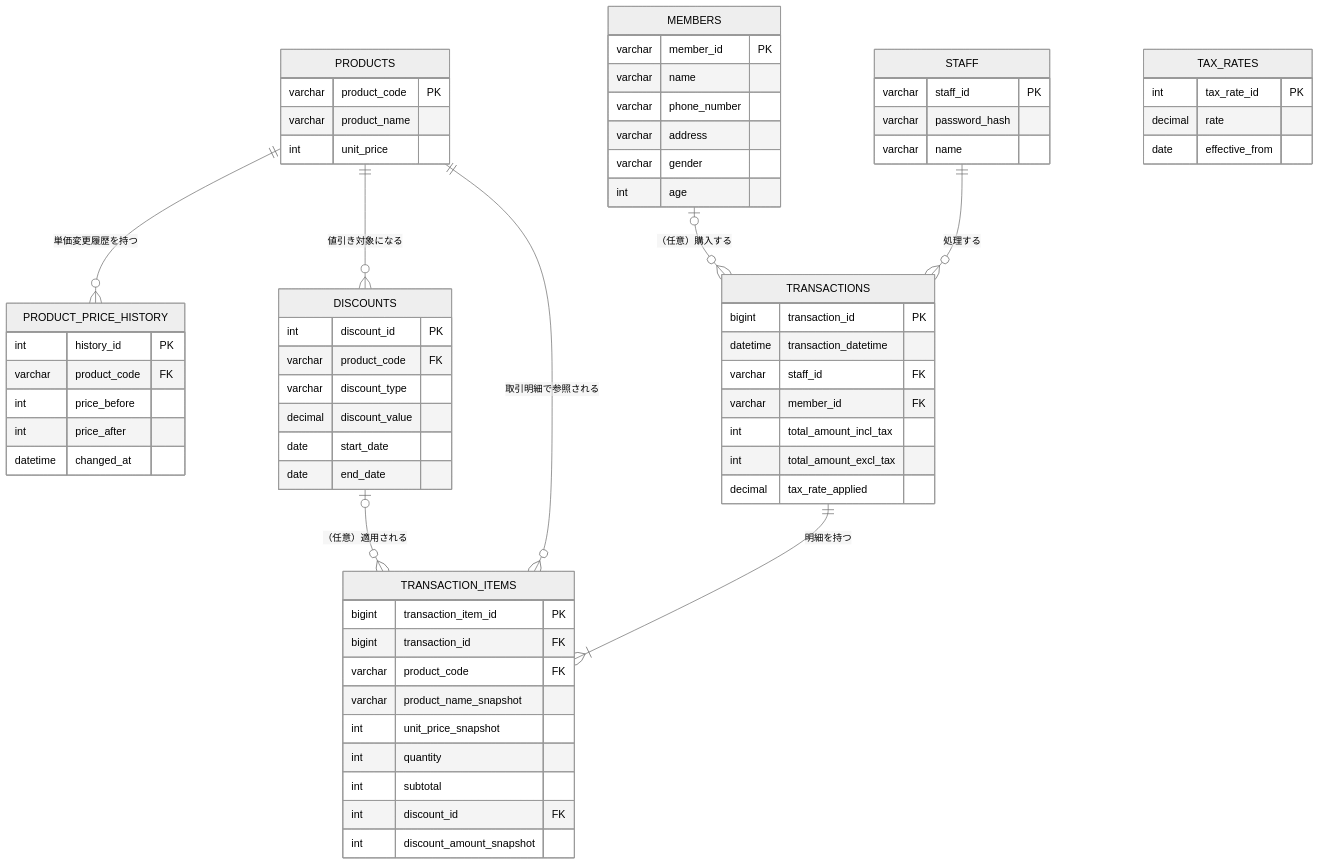
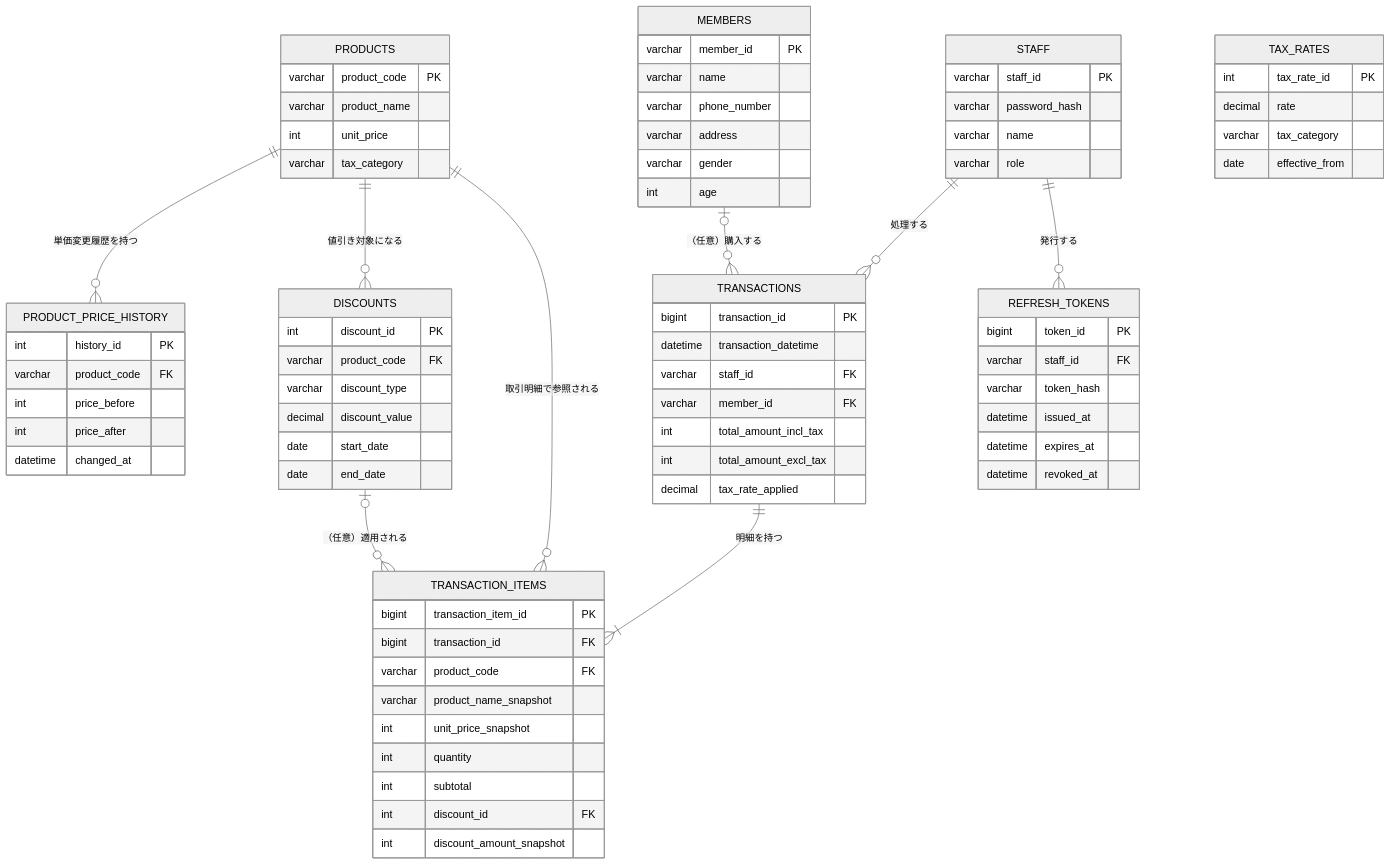
Before and after one commit to yamaguchinaokikk-ctrl/step4_lv2: the fifth of 11 diagrams in 設計仕様書.md, drawn with Mermaid (neutral theme). The commit also changed other lines of this file and 1 other file, not shown here.

````diff
--- a/設計仕様書.md
+++ b/設計仕様書.md
@@ -369,69 +429,81 @@
 ```mermaid
 erDiagram
     PRODUCTS ||--o{ PRODUCT_PRICE_HISTORY : "単価変更履歴を持つ"
     PRODUCTS ||--o{ DISCOUNTS : "値引き対象になる"
     PRODUCTS ||--o{ TRANSACTION_ITEMS : "取引明細で参照される"
     MEMBERS |o--o{ TRANSACTIONS : "（任意）購入する"
     STAFF ||--o{ TRANSACTIONS : "処理する"
+    STAFF ||--o{ REFRESH_TOKENS : "発行する"
     TRANSACTIONS ||--|{ TRANSACTION_ITEMS : "明細を持つ"
     DISCOUNTS |o--o{ TRANSACTION_ITEMS : "（任意）適用される"
 
     PRODUCTS {
         varchar product_code PK
         varchar product_name
         int unit_price
+        varchar tax_category
     }
     PRODUCT_PRICE_HISTORY {
         int history_id PK
         varchar product_code FK
         int price_before
         int price_after
         datetime changed_at
     }
     MEMBERS {
         varchar member_id PK
         varchar name
         varchar phone_number
         varchar address
         varchar gender
         int age
     }
     STAFF {
         varchar staff_id PK
         varchar password_hash
         varchar name
+        varchar role
     }
     DISCOUNTS {
         int discount_id PK
         varchar product_code FK
         varchar discount_type
         decimal discount_value
         date start_date
         date end_date
     }
     TAX_RATES {
         int tax_rate_id PK
         decimal rate
+        varchar tax_category
         date effective_from
     }
     TRANSACTIONS {
         bigint transaction_id PK
         datetime transaction_datetime
         varchar staff_id FK
         varchar member_id FK
         int total_amount_incl_tax
         int total_amount_excl_tax
         decimal tax_rate_applied
     }
     TRANSACTION_ITEMS {
         bigint transaction_item_id PK
         bigint transaction_id FK
         varchar product_code FK
         varchar product_name_snapshot
         int unit_price_snapshot
         int quantity
         int subtotal
         int discount_id FK
         int discount_amount_snapshot
     }
+    REFRESH_TOKENS {
+        bigint token_id PK
+        varchar staff_id FK
+        varchar token_hash
+        datetime issued_at
+        datetime expires_at
+        datetime revoked_at
+    }
 ```
````
